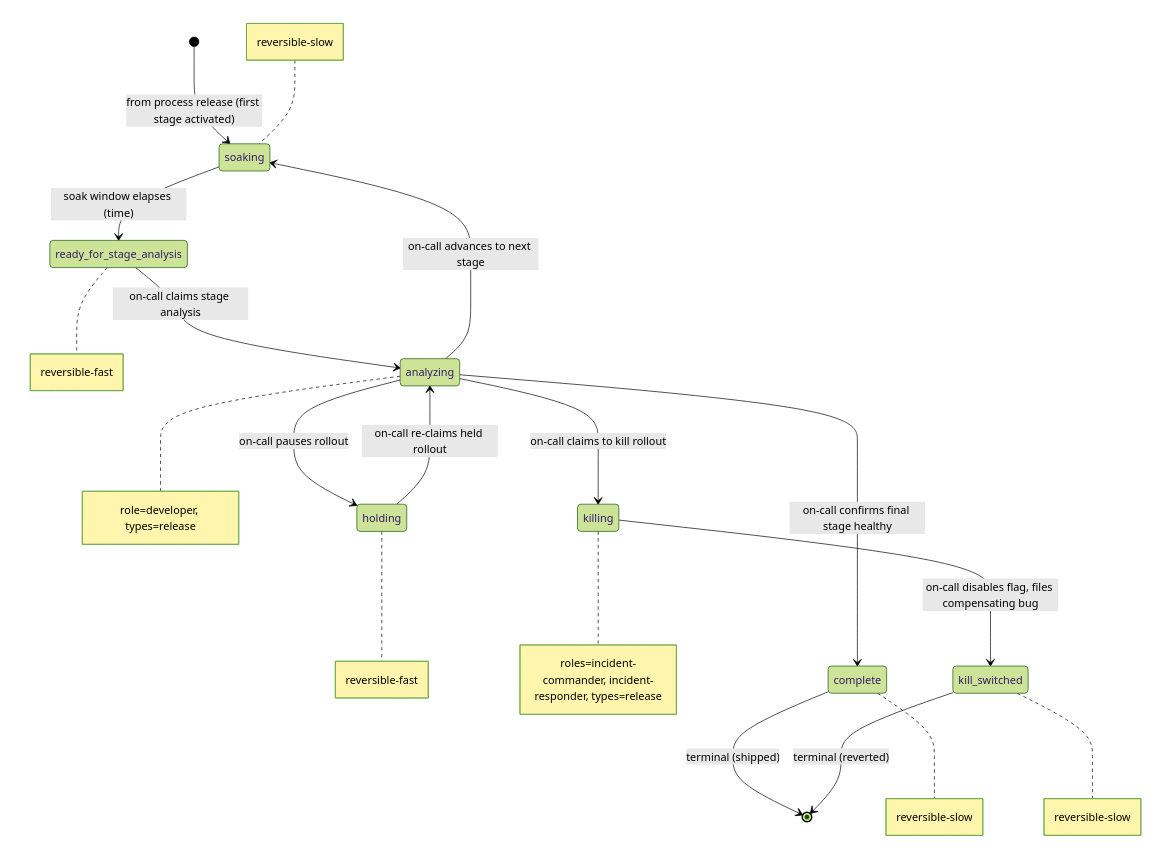
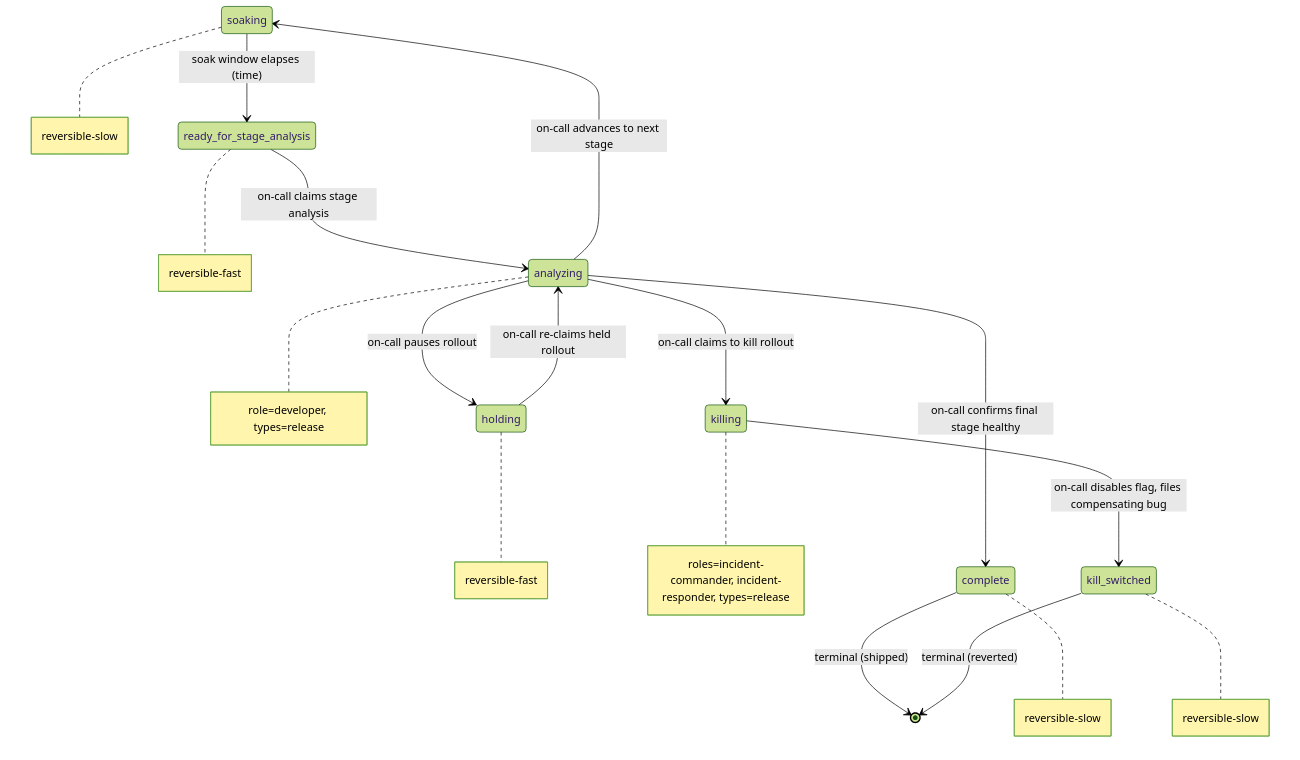
The diagram in examples/workflows/progressive-rollout.md (blemees/blemees-workflow), drawn with Mermaid (forest theme) before and after one commit. The commit also changed other lines of this file and 47 other files, not shown here.

````diff
--- a/examples/workflows/progressive-rollout.md
+++ b/examples/workflows/progressive-rollout.md
@@ -11,26 +11,21 @@
 ```mermaid
 stateDiagram-v2
-    %% Cross-process interfaces:
-    %%   Entry (spawn ): soaking from process release
-    %%
-
-    [*] --> soaking: from process release (first stage activated)
     soaking --> ready_for_stage_analysis: soak window elapses (time)
     ready_for_stage_analysis --> analyzing: on-call claims stage analysis
     analyzing --> soaking: on-call advances to next stage
     analyzing --> complete: on-call confirms final stage healthy
     analyzing --> holding: on-call pauses rollout
     analyzing --> killing: on-call claims to kill rollout
     holding --> analyzing: on-call re-claims held rollout
     killing --> kill_switched: on-call disables flag, files compensating bug
     complete --> [*]: terminal (shipped)
     kill_switched --> [*]: terminal (reverted)
 
-    note left of soaking: reversible-slow
+    note right of soaking: reversible-slow
     note right of ready_for_stage_analysis: reversible-fast
     note right of analyzing: role=developer, types=release
     note right of holding: reversible-fast
     note right of killing: roles=incident-commander, incident-responder, types=release
     note right of complete: reversible-slow
     note right of kill_switched: reversible-slow
 ```
````
